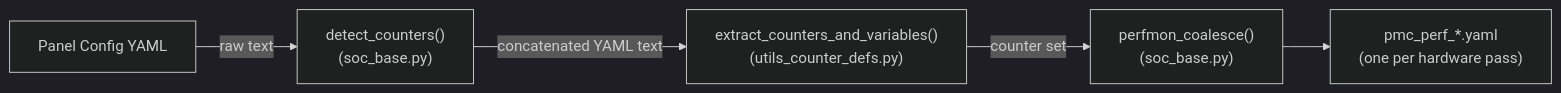
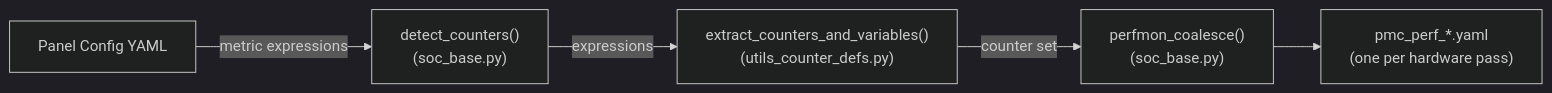
The second of 6 diagrams in projects/rocprofiler-compute/docs/design/analysis-config-redesign/lld-index.md (ROCm/rocm-systems), drawn with Mermaid (dark theme) before and after one commit. The commit also changed other lines of this file, not shown here.

First line of the commit message:
docs(rocprofiler-compute): Describe counter detection from expressions

````diff
--- a/projects/rocprofiler-compute/docs/design/analysis-config-redesign/lld-index.md
+++ b/projects/rocprofiler-compute/docs/design/analysis-config-redesign/lld-index.md
@@ -67,13 +67,13 @@
 ```mermaid
 flowchart LR
     YAML["Panel Config YAML"]
     DC["detect_counters()<br/>(soc_base.py)"]
     ECV["extract_counters_and_variables()<br/>(utils_counter_defs.py)"]
     PC["perfmon_coalesce()<br/>(soc_base.py)"]
     PMC["pmc_perf_*.yaml<br/>(one per hardware pass)"]
 
-    YAML -->|raw text| DC
-    DC -->|concatenated YAML text| ECV
+    YAML -->|metric expressions| DC
+    DC -->|expressions| ECV
     ECV -->|counter set| PC
     PC --> PMC
 ```
````
